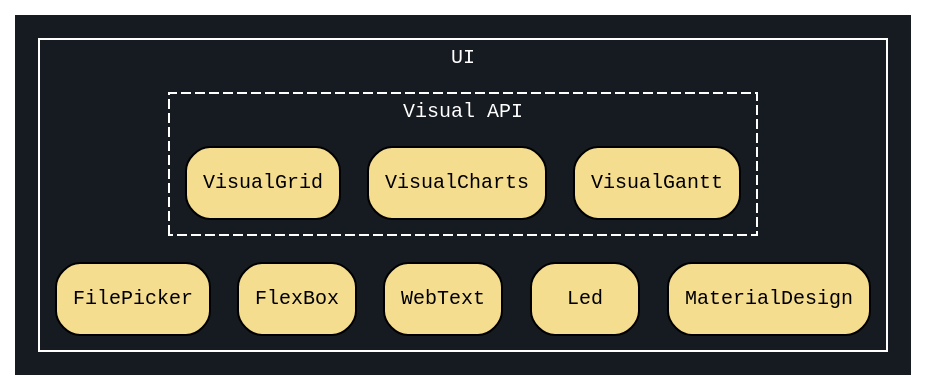
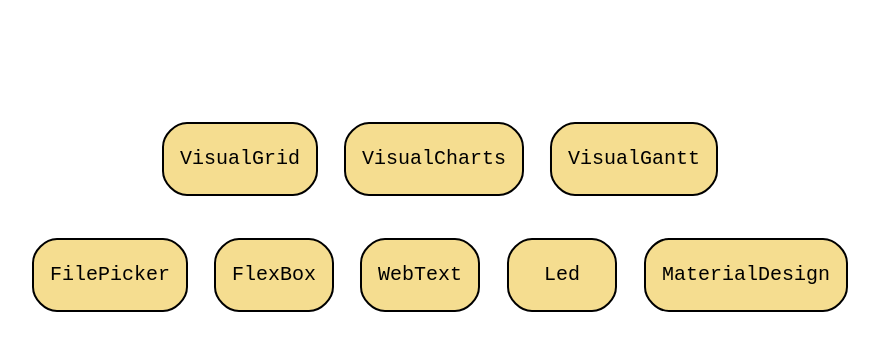
One commit to webfx-project/webfx-docs changed the diagram in src/main/asciidoc/webfx-readmes/webfx-extras-dark.adoc. Above: the diagram before and after it, drawn with Graphviz. The commit also changed 5 other files, not shown here.

Commit message:
Changed diagram background color to transparent in dark mode

```diff
--- a/src/main/asciidoc/webfx-readmes/webfx-extras-dark.adoc
+++ b/src/main/asciidoc/webfx-readmes/webfx-extras-dark.adoc
@@ -3,25 +3,25 @@
 [graphviz, webfx-extras-dark, format=svg]
 ----
-digraph D { bgcolor="#161B21" edge [color=white]
+digraph D { bgcolor="transparent" edge [color=white]
     graph [compound=true, ranksep=0.3, nodesep=0.2, fontname=monospace, fontsize=10, fontcolor=white, color=white]
     node [shape="rectangle", style="rounded,filled", fillcolor="#f5dd90", fontname=monospace, fontsize=10]
 
     subgraph cluster_UI {
         label = "UI"
 
         subgraph cluster_V {
             label = "Visual API"
             style = "dashed"
 
             {rank=same VisualGrid VisualCharts VisualGantt}
             VisualGrid -> VisualCharts -> VisualGantt [style=invis]
         }
 
         {rank=same FilePicker FlexBox WebText Led MaterialDesign}
         FilePicker -> FlexBox -> WebText -> Led -> MaterialDesign [style=invis]
     }
 
     VisualCharts -> Led [style=invis]
     VisualCharts -> FlexBox [style=invis]
 }
 ----
```
